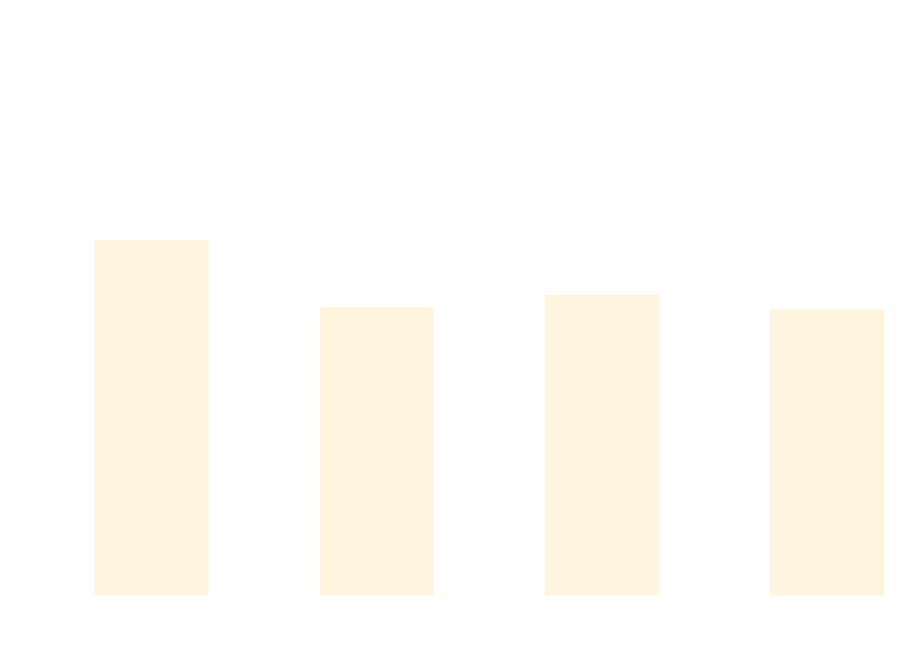
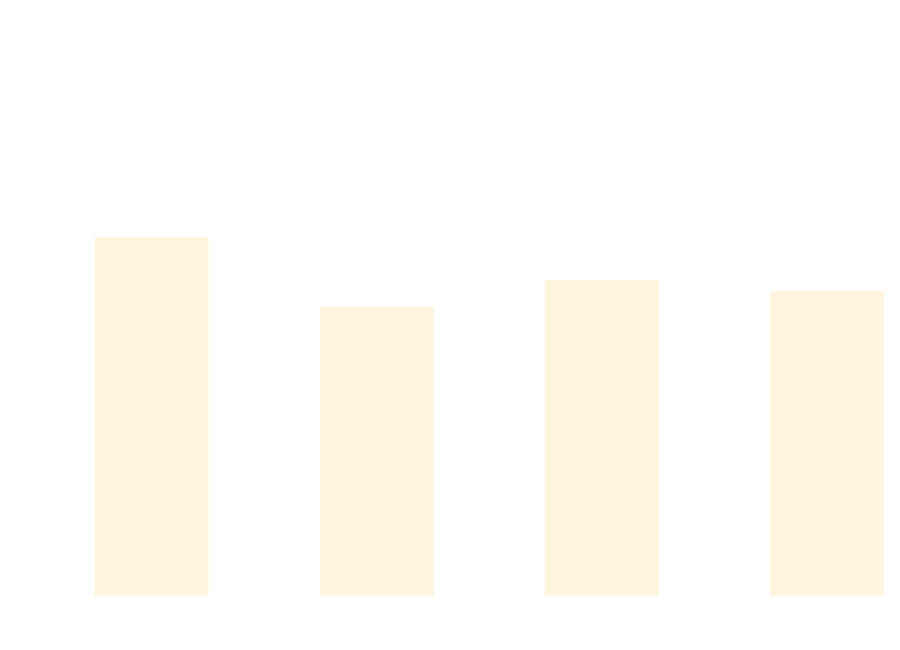
Before and after one commit to thomhurst/TUnit: the diagram in docs/docs/benchmarks/BuildTime.md, drawn with Mermaid. The commit also changed other lines of this file and 16 other files, not shown here.

````diff
--- a/docs/docs/benchmarks/BuildTime.md
+++ b/docs/docs/benchmarks/BuildTime.md
@@ -28,37 +28,37 @@
 ```mermaid
 %%{init: {
   'theme':'base',
   'themeVariables': {
     'primaryColor': '#2563eb',
     'primaryTextColor': '#ffffff',
     'primaryBorderColor': '#1e40af',
     'lineColor': '#6b7280',
     'secondaryColor': '#7c3aed',
     'tertiaryColor': '#dc2626',
     'background': '#ffffff',
     'mainBkg': '#2563eb',
     'secondBkg': '#7c3aed',
     'tertiaryBkg': '#dc2626',
     'clusterBkg': '#f3f4f6',
     'edgeLabelBackground': '#ffffff',
     'tertiaryTextColor': '#1f2937',
     'pie1': '#2563eb',
     'pie2': '#7c3aed',
     'pie3': '#dc2626',
     'pie4': '#f59e0b',
     'pie5': '#10b981',
     'pie6': '#06b6d4',
     'pie7': '#ec4899',
     'pie8': '#6366f1',
     'pie9': '#84cc16',
     'pie10': '#f97316',
     'pie11': '#14b8a6',
     'pie12': '#a855f7'
   }
 }}%%
 xychart-beta
   title "Build Time Comparison"
   x-axis ["Build_TUnit", "Build_NUnit", "Build_MSTest", "Build_xUnit3"]
   y-axis "Time (s)" 0 --> 3
-  bar [2.028, 1.634, 1.706, 1.621]
+  bar [2.046, 1.638, 1.796, 1.728]
 ```
````
